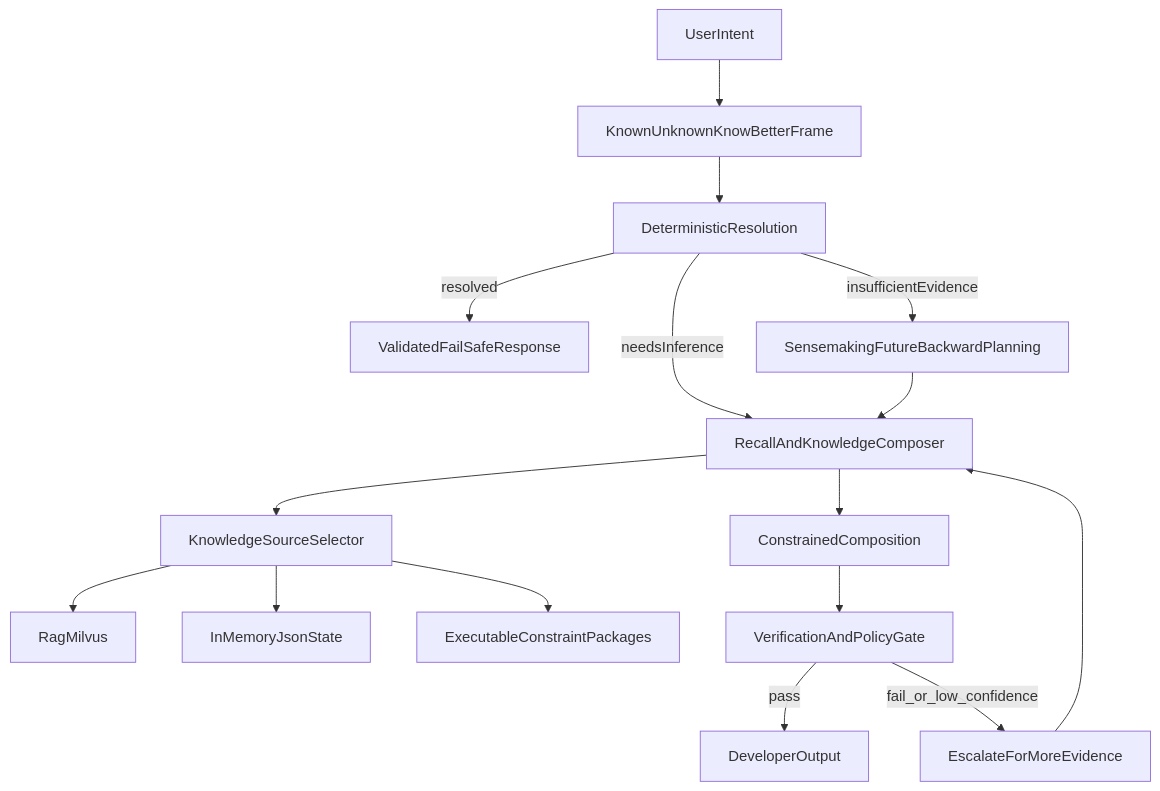
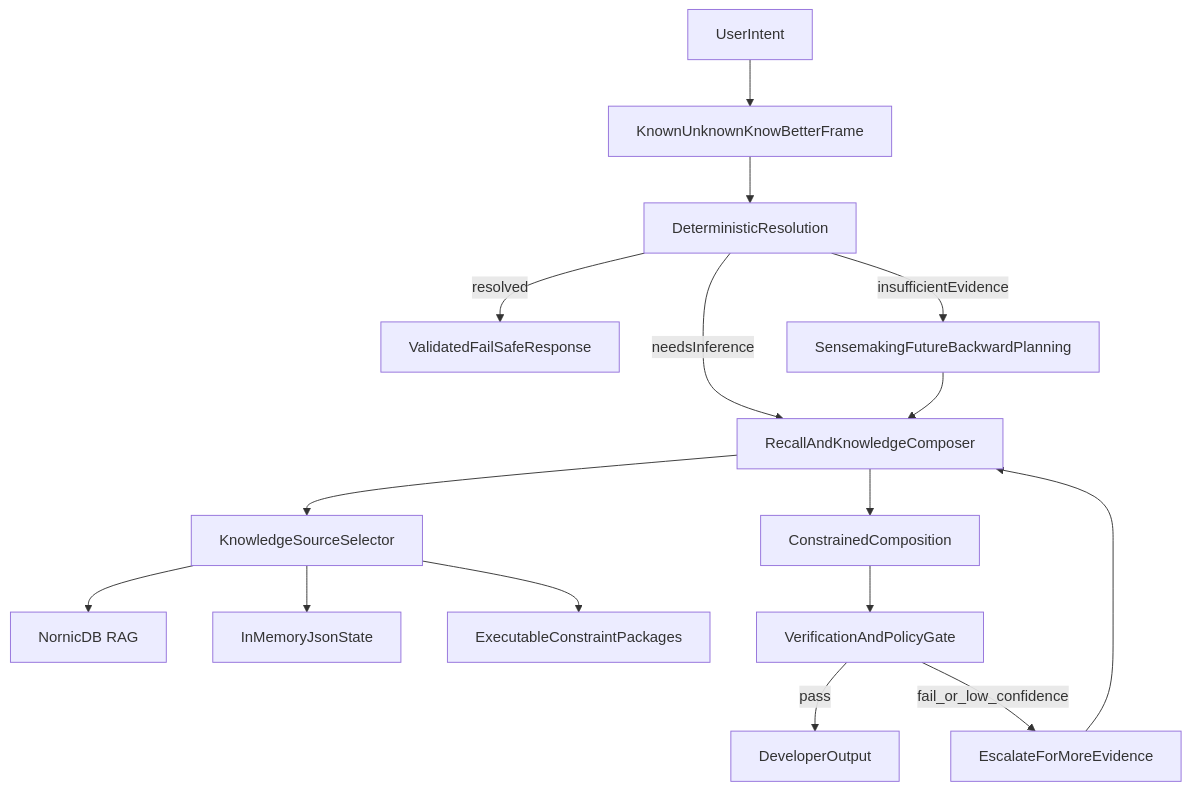
The diagram in docs/coder/context-and-recall-architecture.md (supernovae/synesis), drawn with Mermaid before and after one commit. The commit also changed 78 other files, not shown here.

Commit message:
Harden RAG authz and document NornicDB migration

````diff
--- a/docs/coder/context-and-recall-architecture.md
+++ b/docs/coder/context-and-recall-architecture.md
@@ -9,18 +9,18 @@
 ```mermaid
 flowchart TD
   userIntent[UserIntent] --> ambiguityFrame[KnownUnknownKnowBetterFrame]
   ambiguityFrame --> deterministicPath[DeterministicResolution]
   deterministicPath -->|resolved| failSafeAnswer[ValidatedFailSafeResponse]
   deterministicPath -->|insufficientEvidence| sensemaking[SensemakingFutureBackwardPlanning]
   deterministicPath -->|needsInference| recallEngine[RecallAndKnowledgeComposer]
   sensemaking --> recallEngine
   recallEngine --> sourceSelect[KnowledgeSourceSelector]
-  sourceSelect --> ragStore[RagMilvus]
+  sourceSelect --> ragStore[NornicDB RAG]
   sourceSelect --> memStore[InMemoryJsonState]
   sourceSelect --> pkgStore[ExecutableConstraintPackages]
   recallEngine --> composition[ConstrainedComposition]
   composition --> verifyGate[VerificationAndPolicyGate]
   verifyGate -->|pass| response[DeveloperOutput]
   verifyGate -->|fail_or_low_confidence| escalation[EscalateForMoreEvidence]
   escalation --> recallEngine
 ```
````
